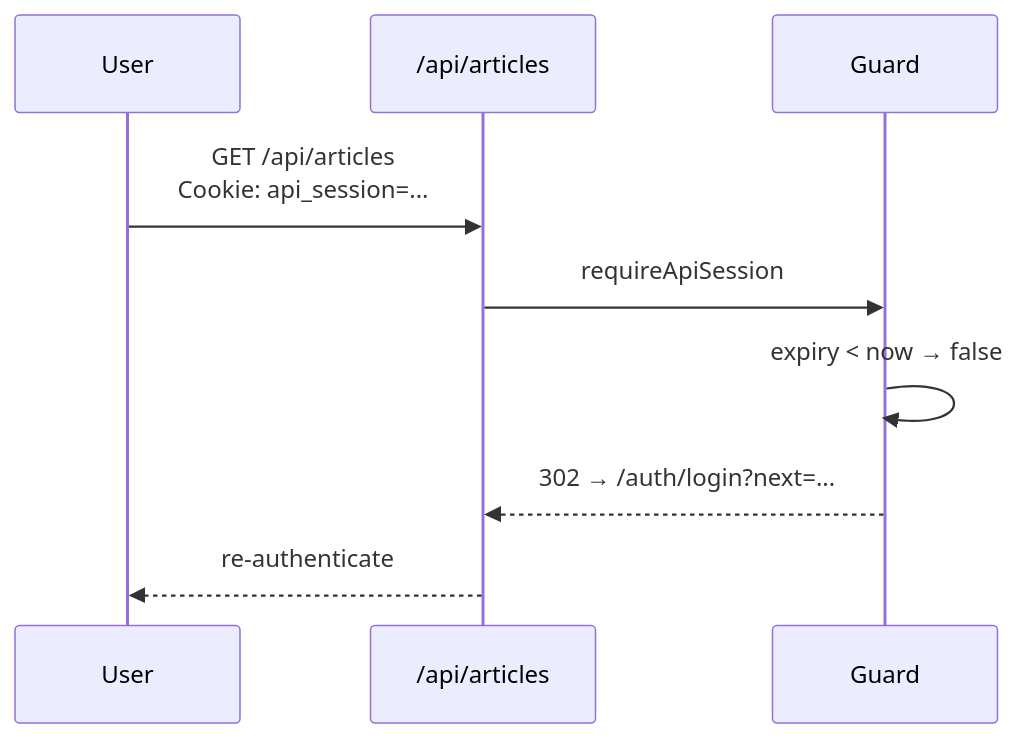
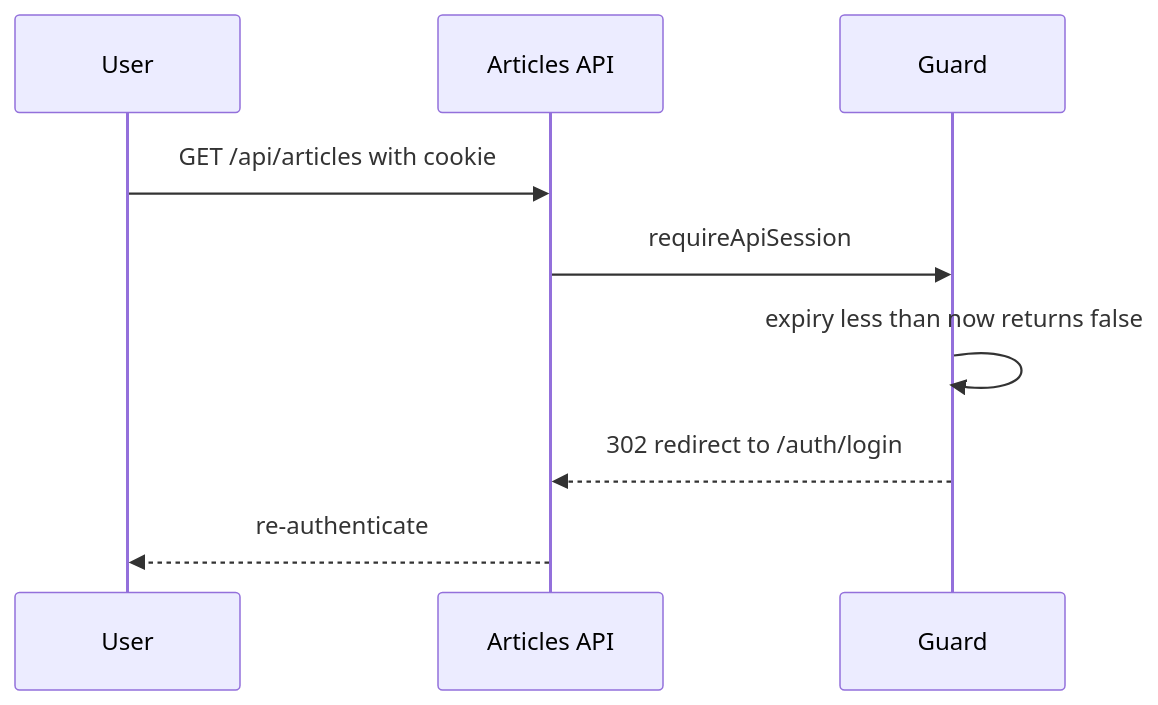
One commit to SHARATHKM2004/new--repo changed the sixth of 6 diagrams in docs/API_AUTHENTICATION.md. Above: the diagram before and after it, drawn with Mermaid. The commit also changed other lines of this file, not shown here.

Commit message:
docs: fix mermaid diagram syntax for GitHub rendering

````diff
--- a/docs/API_AUTHENTICATION.md
+++ b/docs/API_AUTHENTICATION.md
@@ -202,11 +203,11 @@
 ```mermaid
 sequenceDiagram
     participant U as User
-    participant API as /api/articles
+    participant API as Articles API
     participant Guard
-    U->>API: GET /api/articles<br/>Cookie: api_session=...
+    U->>API: GET /api/articles with cookie
     API->>Guard: requireApiSession
-    Guard->>Guard: expiry < now → false
-    Guard-->>API: 302 → /auth/login?next=...
+    Guard->>Guard: expiry less than now returns false
+    Guard-->>API: 302 redirect to /auth/login
     API-->>U: re-authenticate
 ```
````
